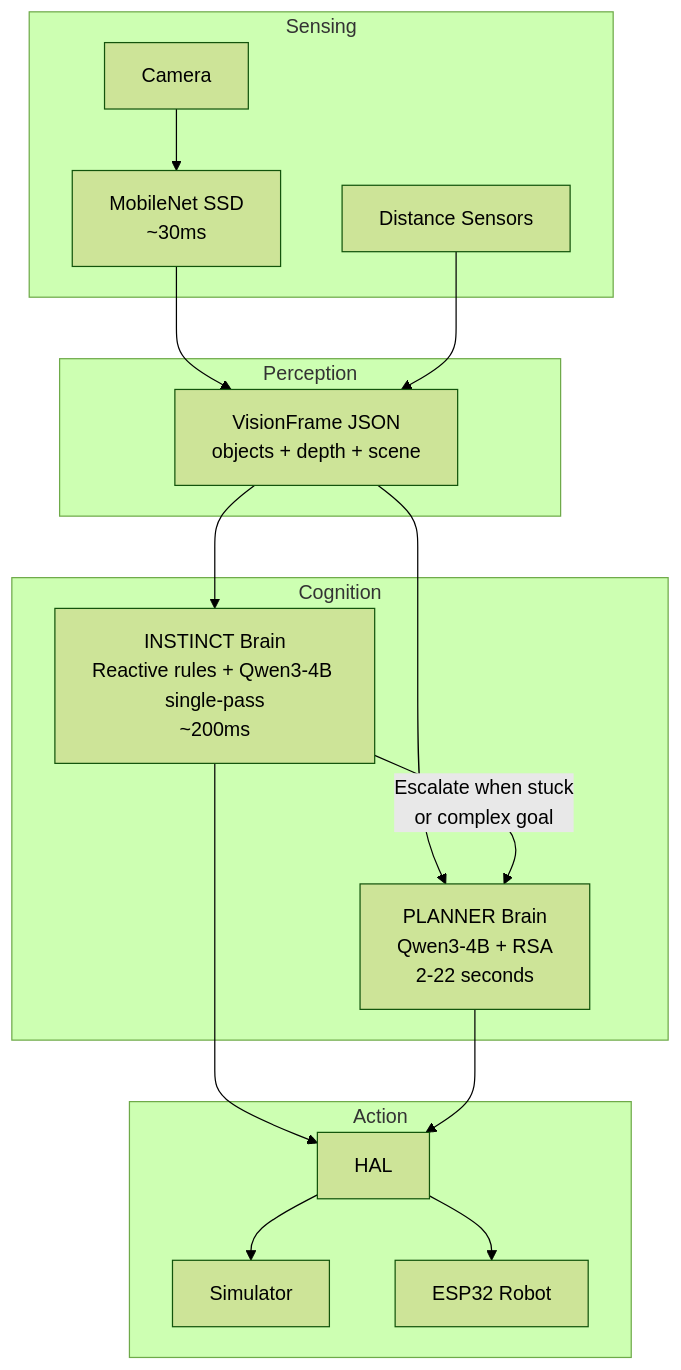
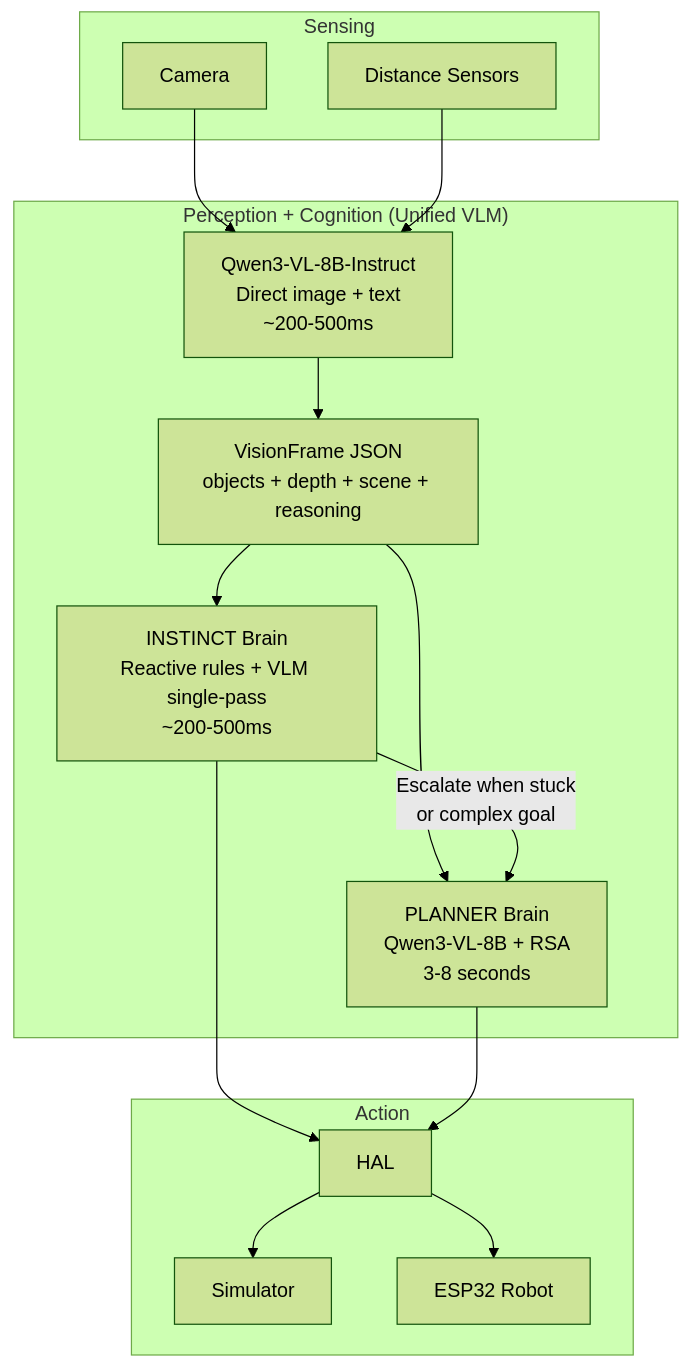
One commit to EvolvingAgentsLabs/llmos changed the diagram in README.md. Above: the diagram before and after it, drawn with Mermaid (forest theme). The commit also changed other lines of this file and 6 other files, not shown here.

First line of the commit message:
feat: Replace MobileNet + Qwen3-4B with unified Qwen3-VL-8B-Instruct VLM

````diff
--- a/README.md
+++ b/README.md
@@ -36,25 +36,23 @@
 ```mermaid
 graph TB
     subgraph "Sensing"
-        CAM[Camera] --> MN[MobileNet SSD<br/>~30ms]
+        CAM[Camera]
         DIST[Distance Sensors]
     end
 
-    subgraph "Perception"
-        MN --> VF[VisionFrame JSON<br/>objects + depth + scene]
-        DIST --> VF
-    end
-
-    subgraph "Cognition"
-        VF --> INSTINCT[INSTINCT Brain<br/>Reactive rules + Qwen3-4B single-pass<br/>~200ms]
-        VF --> PLANNER[PLANNER Brain<br/>Qwen3-4B + RSA<br/>2-22 seconds]
+    subgraph "Perception + Cognition (Unified VLM)"
+        CAM --> VLM[Qwen3-VL-8B-Instruct<br/>Direct image + text<br/>~200-500ms]
+        DIST --> VLM
+        VLM --> VF[VisionFrame JSON<br/>objects + depth + scene + reasoning]
+        VF --> INSTINCT[INSTINCT Brain<br/>Reactive rules + VLM single-pass<br/>~200-500ms]
+        VF --> PLANNER[PLANNER Brain<br/>Qwen3-VL-8B + RSA<br/>3-8 seconds]
         INSTINCT --> |Escalate when stuck<br/>or complex goal| PLANNER
     end
 
     subgraph "Action"
         INSTINCT --> HAL[HAL]
         PLANNER --> HAL
         HAL --> SIM[Simulator]
         HAL --> ESP[ESP32 Robot]
     end
 ```
````
